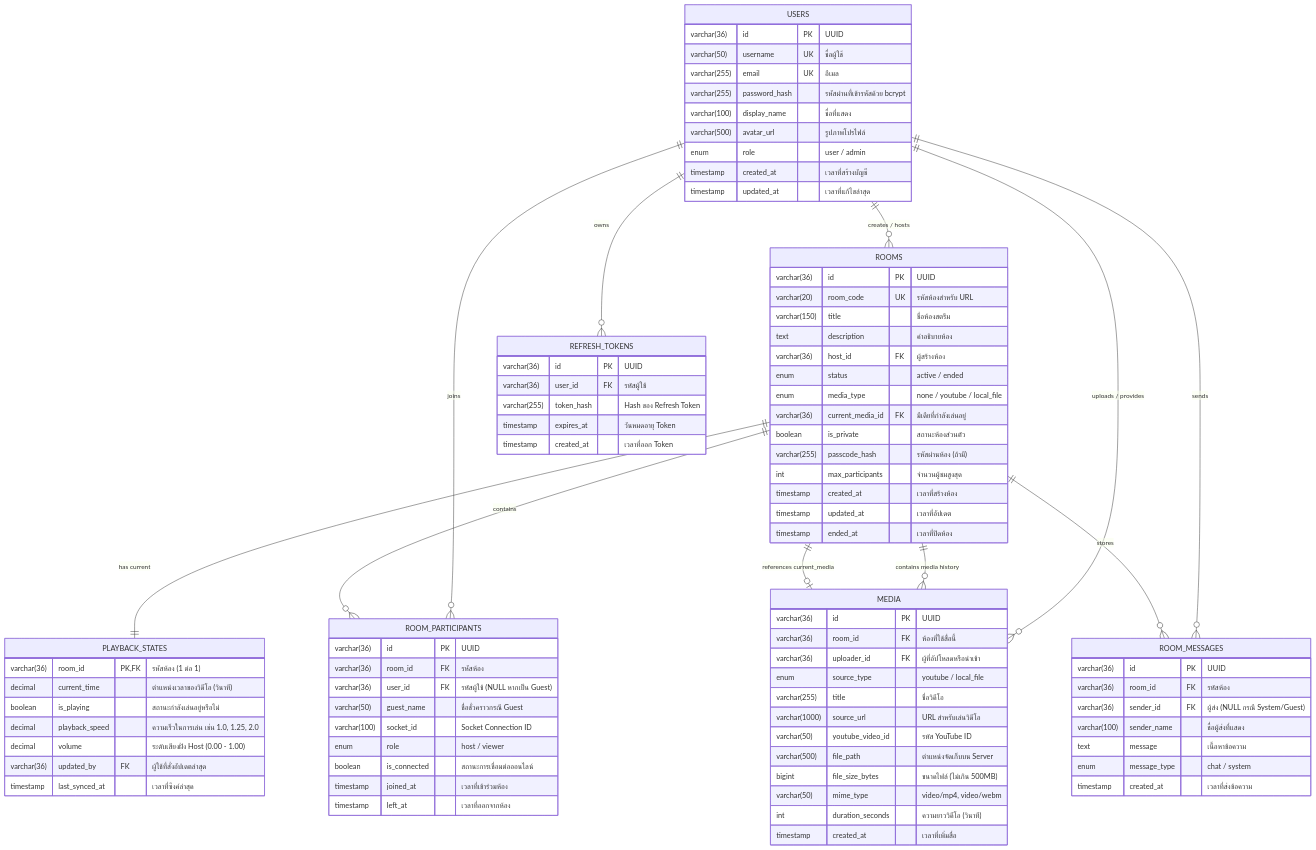
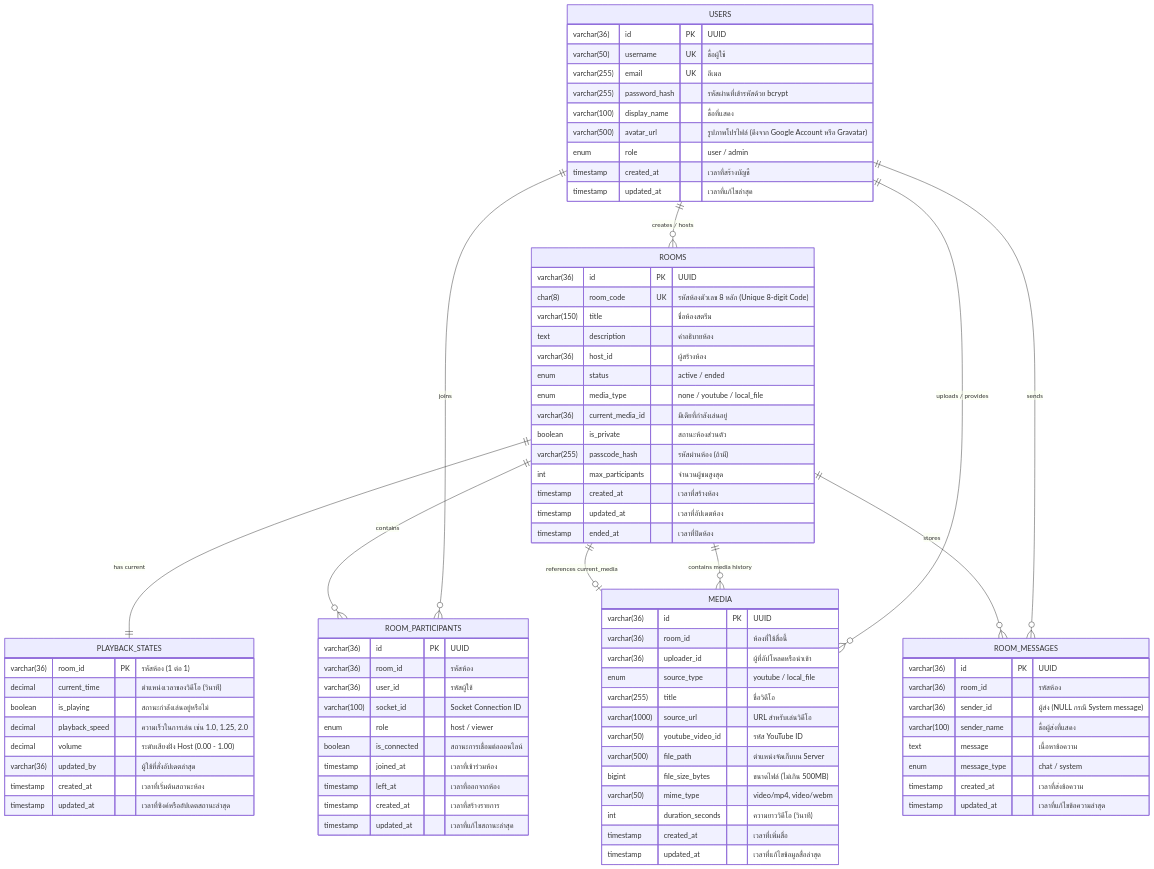
One commit to PeterGamez/YouStream changed the third of 3 diagrams in SRS.md. Above: the diagram before and after it, drawn with Mermaid. The commit also changed other lines of this file, not shown here.

Commit message:
update SRS.md with revised system requirements and specifications

````diff
--- a/SRS.md
+++ b/SRS.md
@@ -211,7 +209,6 @@
     USERS ||--o{ MEDIA : "uploads / provides"
     USERS ||--o{ ROOM_PARTICIPANTS : "joins"
     USERS ||--o{ ROOM_MESSAGES : "sends"
-    USERS ||--o{ REFRESH_TOKENS : "owns"
 
     ROOMS ||--|| PLAYBACK_STATES : "has current"
     ROOMS ||--o{ ROOM_PARTICIPANTS : "contains"
@@ -225,7 +222,7 @@
         varchar(255) email UK "อีเมล"
         varchar(255) password_hash "รหัสผ่านที่เข้ารหัสด้วย bcrypt"
         varchar(100) display_name "ชื่อที่แสดง"
-        varchar(500) avatar_url "รูปภาพโปรไฟล์"
+        varchar(500) avatar_url "รูปภาพโปรไฟล์ (ดึงจาก Google Account หรือ Gravatar)"
         enum role "user / admin"
         timestamp created_at "เวลาที่สร้างบัญชี"
         timestamp updated_at "เวลาที่แก้ไขล่าสุด"
@@ -233,25 +230,25 @@
 
     ROOMS {
         varchar(36) id PK "UUID"
-        varchar(20) room_code UK "รหัสห้องสำหรับ URL"
+        char(8) room_code UK "รหัสห้องตัวเลข 8 หลัก (Unique 8-digit Code)"
         varchar(150) title "ชื่อห้องสตรีม"
         text description "คำอธิบายห้อง"
-        varchar(36) host_id FK "ผู้สร้างห้อง"
+        varchar(36) host_id "ผู้สร้างห้อง"
         enum status "active / ended"
         enum media_type "none / youtube / local_file"
-        varchar(36) current_media_id FK "มีเดียที่กำลังเล่นอยู่"
+        varchar(36) current_media_id "มีเดียที่กำลังเล่นอยู่"
         boolean is_private "สถานะห้องส่วนตัว"
         varchar(255) passcode_hash "รหัสผ่านห้อง (ถ้ามี)"
         int max_participants "จำนวนผู้ชมสูงสุด"
         timestamp created_at "เวลาที่สร้างห้อง"
-        timestamp updated_at "เวลาที่อัปเดต"
+        timestamp updated_at "เวลาที่อัปเดตห้อง"
         timestamp ended_at "เวลาที่ปิดห้อง"
     }
 
     MEDIA {
         varchar(36) id PK "UUID"
-        varchar(36) room_id FK "ห้องที่ใช้สื่อนี้"
-        varchar(36) uploader_id FK "ผู้ที่อัปโหลดหรือนำเข้า"
+        varchar(36) room_id "ห้องที่ใช้สื่อนี้"
+        varchar(36) uploader_id "ผู้ที่อัปโหลดหรือนำเข้า"
         enum source_type "youtube / local_file"
         varchar(255) title "ชื่อวิดีโอ"
         varchar(1000) source_url "URL สำหรับเล่นวิดีโอ"
@@ -261,45 +258,41 @@
         varchar(50) mime_type "video/mp4, video/webm"
         int duration_seconds "ความยาววิดีโอ (วินาที)"
         timestamp created_at "เวลาที่เพิ่มสื่อ"
+        timestamp updated_at "เวลาที่แก้ไขข้อมูลสื่อล่าสุด"
     }
 
     PLAYBACK_STATES {
-        varchar(36) room_id PK, FK "รหัสห้อง (1 ต่อ 1)"
+        varchar(36) room_id PK "รหัสห้อง (1 ต่อ 1)"
         decimal current_time "ตำแหน่งเวลาของวิดีโอ (วินาที)"
         boolean is_playing "สถานะกำลังเล่นอยู่หรือไม่"
         decimal playback_speed "ความเร็วในการเล่น เช่น 1.0, 1.25, 2.0"
         decimal volume "ระดับเสียงฝั่ง Host (0.00 - 1.00)"
-        varchar(36) updated_by FK "ผู้ใช้ที่สั่งอัปเดตล่าสุด"
-        timestamp last_synced_at "เวลาที่ซิงค์ล่าสุด"
+        varchar(36) updated_by "ผู้ใช้ที่สั่งอัปเดตล่าสุด"
+        timestamp created_at "เวลาที่เริ่มต้นสถานะห้อง"
+        timestamp updated_at "เวลาที่ซิงค์หรืออัปเดตสถานะล่าสุด"
     }
 
     ROOM_PARTICIPANTS {
         varchar(36) id PK "UUID"
-        varchar(36) room_id FK "รหัสห้อง"
-        varchar(36) user_id FK "รหัสผู้ใช้ (NULL หากเป็น Guest)"
-        varchar(50) guest_name "ชื่อชั่วคราวกรณี Guest"
+        varchar(36) room_id "รหัสห้อง"
+        varchar(36) user_id "รหัสผู้ใช้"
         varchar(100) socket_id "Socket Connection ID"
         enum role "host / viewer"
         boolean is_connected "สถานะการเชื่อมต่อออนไลน์"
         timestamp joined_at "เวลาที่เข้าร่วมห้อง"
         timestamp left_at "เวลาที่ออกจากห้อง"
+        timestamp created_at "เวลาที่สร้างรายการ"
+        timestamp updated_at "เวลาที่แก้ไขสถานะล่าสุด"
     }
 
     ROOM_MESSAGES {
         varchar(36) id PK "UUID"
-        varchar(36) room_id FK "รหัสห้อง"
-        varchar(36) sender_id FK "ผู้ส่ง (NULL กรณี System/Guest)"
+        varchar(36) room_id "รหัสห้อง"
+        varchar(36) sender_id "ผู้ส่ง (NULL กรณี System message)"
         varchar(100) sender_name "ชื่อผู้ส่งที่แสดง"
         text message "เนื้อหาข้อความ"
         enum message_type "chat / system"
         timestamp created_at "เวลาที่ส่งข้อความ"
-    }
-
-    REFRESH_TOKENS {
-        varchar(36) id PK "UUID"
-        varchar(36) user_id FK "รหัสผู้ใช้"
-        varchar(255) token_hash "Hash ของ Refresh Token"
-        timestamp expires_at "วันหมดอายุ Token"
-        timestamp created_at "เวลาที่ออก Token"
+        timestamp updated_at "เวลาที่แก้ไขข้อความล่าสุด"
     }
 ```
````
